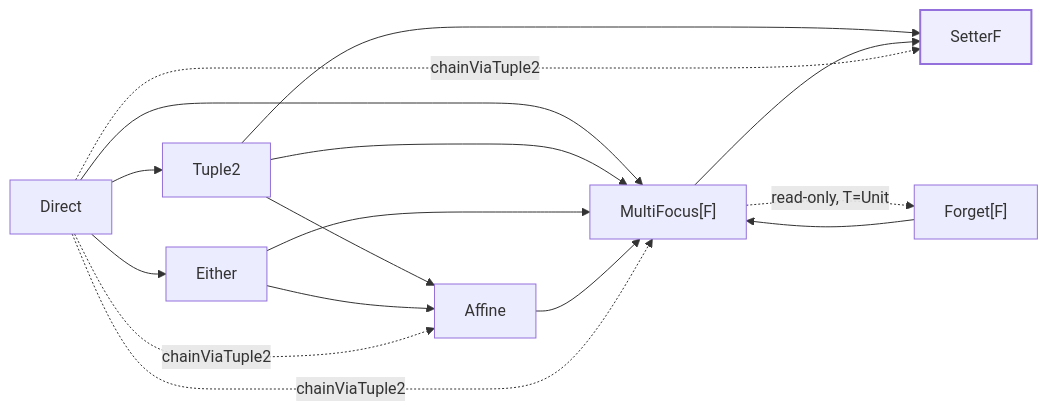
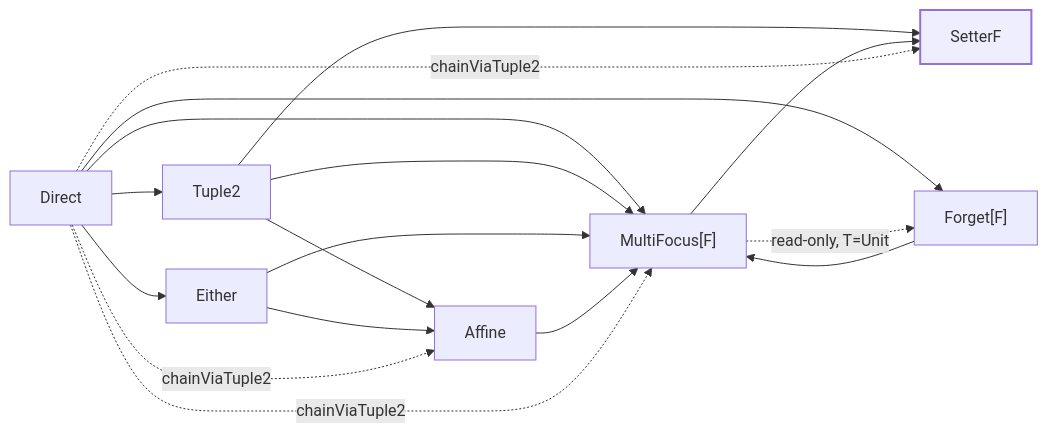
The diagram in site/docs/concepts.md (Constructive-Programming/eo), drawn with Mermaid before and after one commit. The commit also changed other lines of this file and 12 other files, not shown here.

````diff
--- a/site/docs/concepts.md
+++ b/site/docs/concepts.md
@@ -195,20 +195,21 @@
 ```mermaid
 flowchart LR
   Direct --> Tuple2
   Direct --> Either
   Direct --> MFocus["MultiFocus[F]"]
+  Direct --> ForgetF["Forget[F]"]
   Tuple2 --> Affine
   Tuple2 --> SetterF
   Tuple2 --> MFocus
   Either --> Affine
   Either --> MFocus
   Affine --> MFocus
-  ForgetF["Forget[F]"] --> MFocus
+  ForgetF --> MFocus
   MFocus --> SetterF
   MFocus -.->|read-only, T=Unit| ForgetF
   Direct -.->|chainViaTuple2| Affine
   Direct -.->|chainViaTuple2| SetterF
   Direct -.->|chainViaTuple2| MFocus
   SetterF:::sink
   classDef sink stroke-dasharray: 0,stroke-width:2px,fill:#eef
 ```
````
